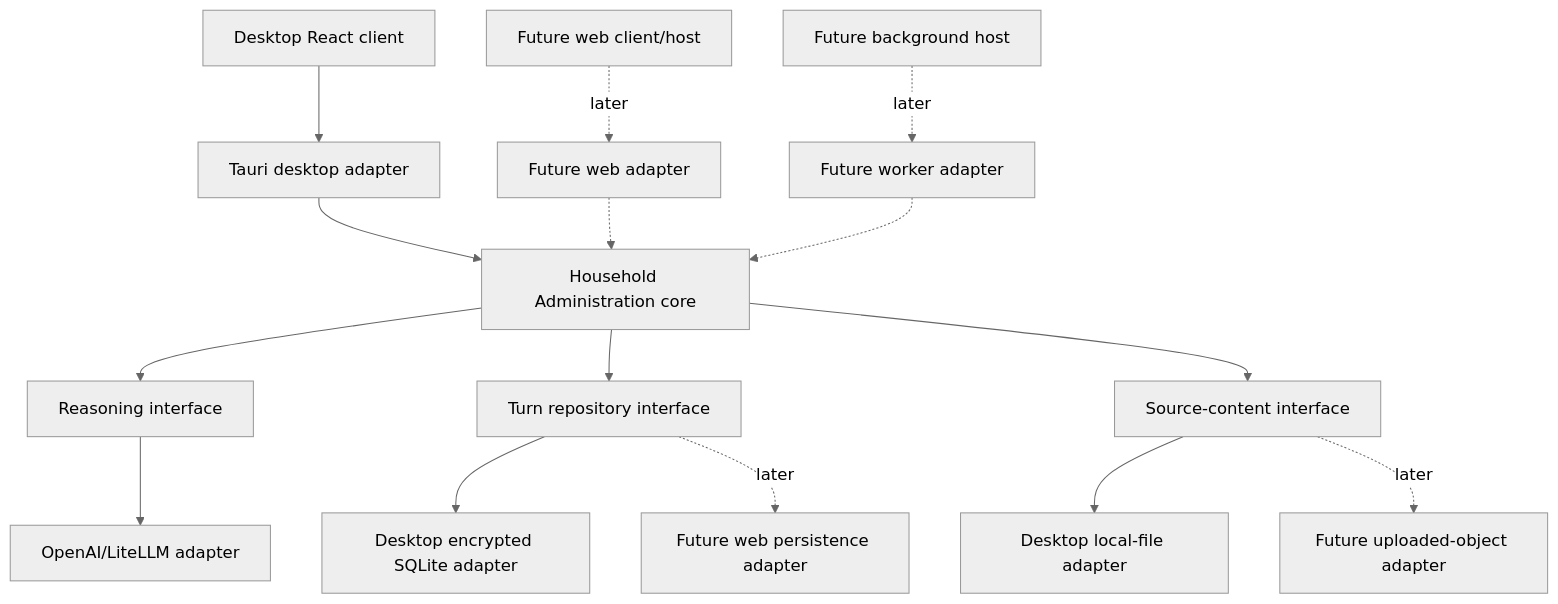
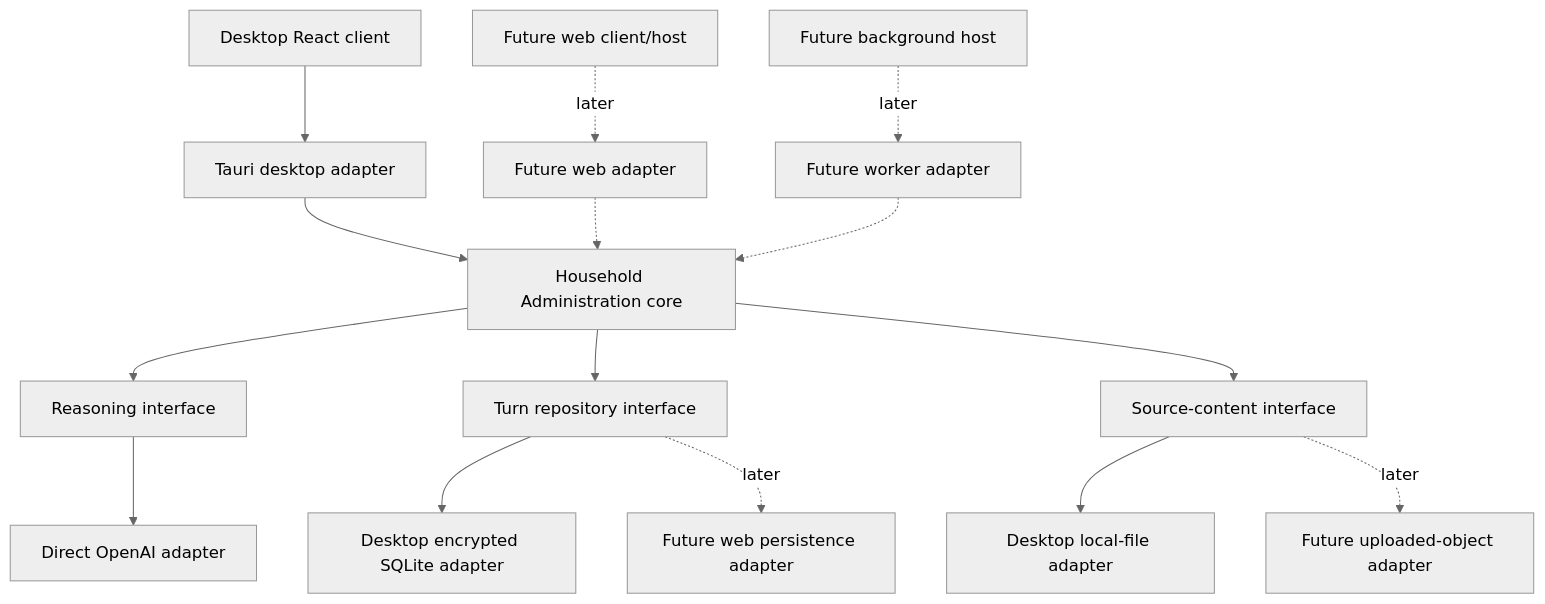
The second of 2 diagrams in docs/architecture/core-extraction-assessment.md (yasserchehade/Luna), drawn with Mermaid (neutral theme) before and after one commit. The commit also changed other lines of this file and 12 other files, not shown here.

Commit message:
feat: use direct OpenAI for Household Administration

````diff
--- a/docs/architecture/core-extraction-assessment.md
+++ b/docs/architecture/core-extraction-assessment.md
@@ -154,21 +154,21 @@
 ```mermaid
 flowchart TD
     DesktopClient["Desktop React client"] --> DesktopAdapter["Tauri desktop adapter"]
     FutureWeb["Future web client/host"] -. later .-> WebAdapter["Future web adapter"]
     FutureWorker["Future background host"] -. later .-> WorkerAdapter["Future worker adapter"]
 
     DesktopAdapter --> Engine["Household Administration core"]
     WebAdapter -.-> Engine
     WorkerAdapter -.-> Engine
 
     Engine --> Reasoning["Reasoning interface"]
     Engine --> Repository["Turn repository interface"]
     Engine --> Source["Source-content interface"]
 
-    Reasoning --> OpenAI["OpenAI/LiteLLM adapter"]
+    Reasoning --> OpenAI["Direct OpenAI adapter"]
     Repository --> DesktopSQLite["Desktop encrypted SQLite adapter"]
     Source --> DesktopFiles["Desktop local-file adapter"]
 
     Repository -. later .-> WebPersistence["Future web persistence adapter"]
     Source -. later .-> ObjectSource["Future uploaded-object adapter"]
 ```
````
